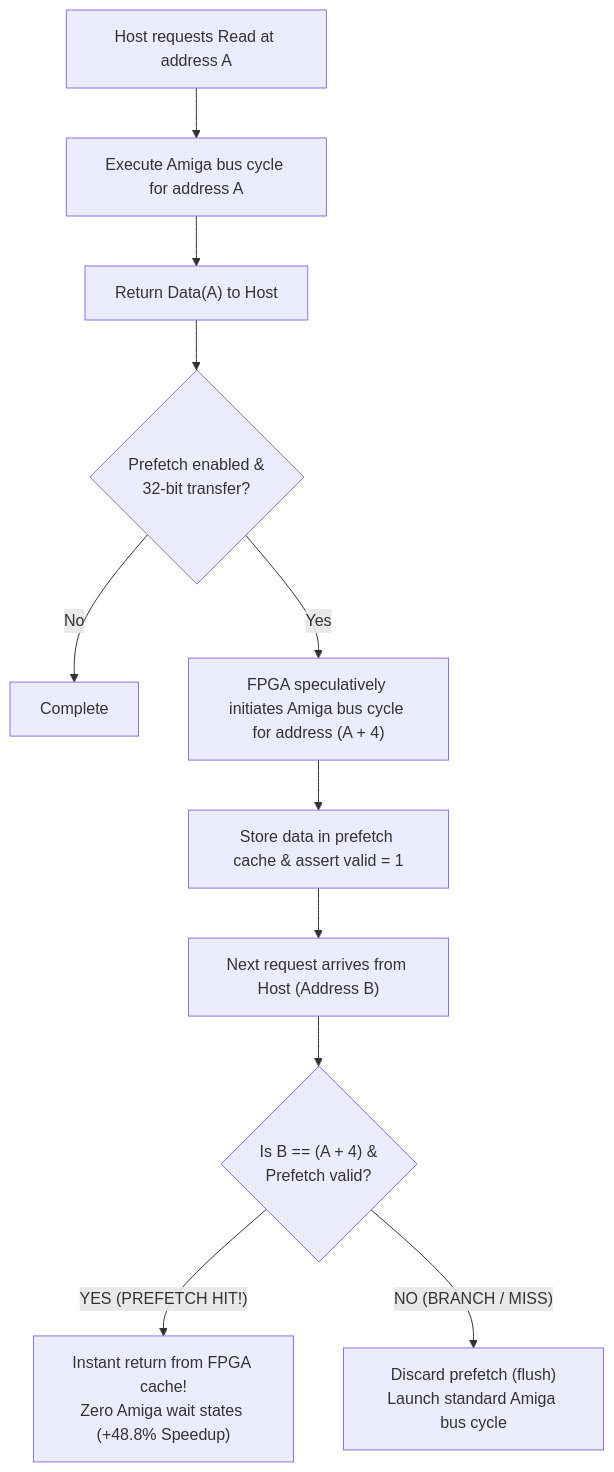
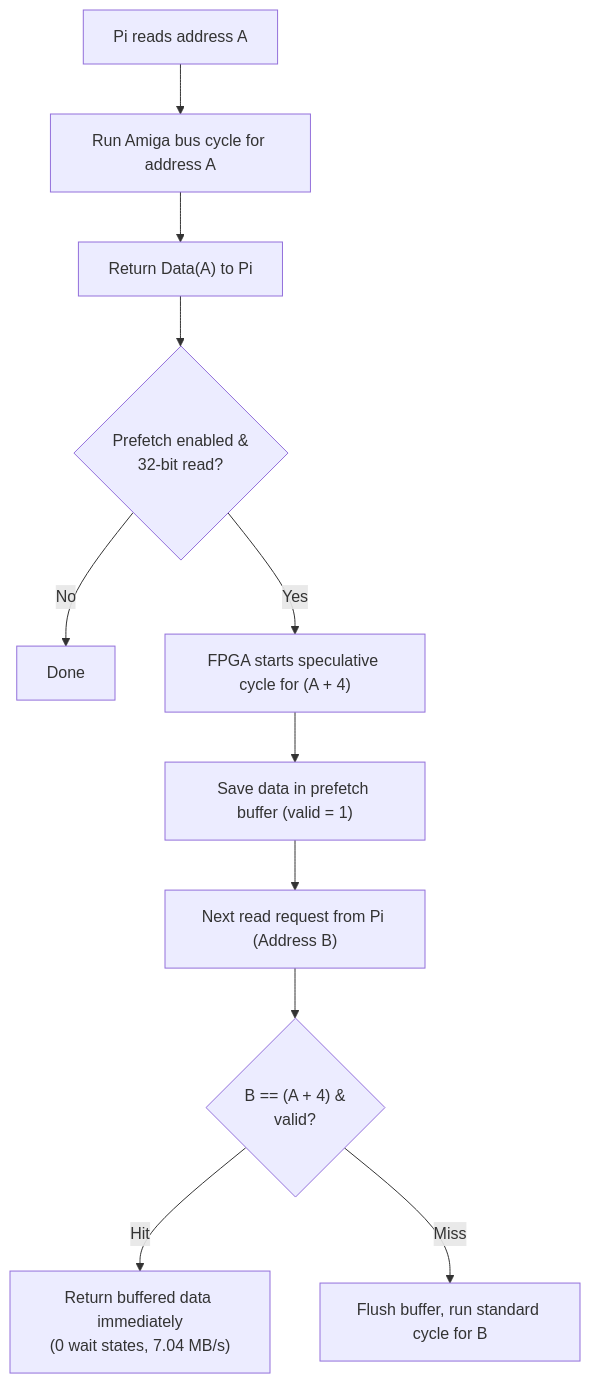
The fourth of 5 diagrams in DOCS/HOW_IT_WORKS.md (PiStorm/pistorm32-lite-gateware), drawn with Mermaid before and after one commit. The commit also changed other lines of this file and 10 other files, not shown here.

````diff
--- a/DOCS/HOW_IT_WORKS.md
+++ b/DOCS/HOW_IT_WORKS.md
@@ -183,17 +177,17 @@
 ```mermaid
 flowchart TD
-    Req["Host requests Read at address A"] --> Exec["Execute Amiga bus cycle for address A"]
-    Exec --> Latch["Return Data(A) to Host"]
+    Req["Pi reads address A"] --> Exec["Run Amiga bus cycle for address A"]
+    Exec --> ReturnData["Return Data(A) to Pi"]
     
-    Latch --> PrefetchEnabled{"Prefetch enabled &<br/>32-bit transfer?"}
-    PrefetchEnabled -- No --> Done["Complete"]
+    ReturnData --> PrefetchOn{"Prefetch enabled &<br/>32-bit read?"}
+    PrefetchOn -- No --> Done["Done"]
     
-    PrefetchEnabled -- Yes --> StartPrefetch["FPGA speculatively initiates Amiga bus cycle for address (A + 4)"]
-    StartPrefetch --> Store["Store data in prefetch cache & assert valid = 1"]
+    PrefetchOn -- Yes --> FetchAhead["FPGA starts speculative cycle for (A + 4)"]
+    FetchAhead --> Buffer["Save data in prefetch buffer (valid = 1)"]
     
-    Store --> NextReq["Next request arrives from Host (Address B)"]
-    NextReq --> HitCheck{"Is B == (A + 4) &<br/>Prefetch valid?"}
+    Buffer --> NextReq["Next read request from Pi (Address B)"]
+    NextReq --> HitCheck{"B == (A + 4) &<br/>valid?"}
     
-    HitCheck -- "YES (PREFETCH HIT!)" --> InstantReturn["Instant return from FPGA cache!<br/>Zero Amiga wait states (+48.8% Speedup)"]
-    HitCheck -- "NO (BRANCH / MISS)" --> Invalidate["Discard prefetch (flush)<br/>Launch standard Amiga bus cycle"]
+    HitCheck -- "Hit" --> InstantReturn["Return buffered data immediately<br/>(0 wait states, 7.04 MB/s)"]
+    HitCheck -- "Miss" --> Invalidate["Flush buffer, run standard cycle for B"]
 ```
````
